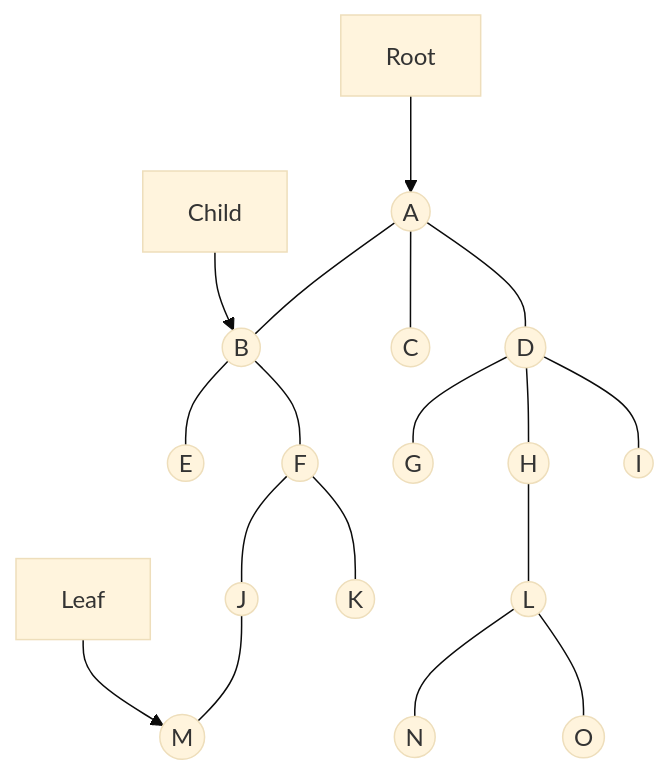
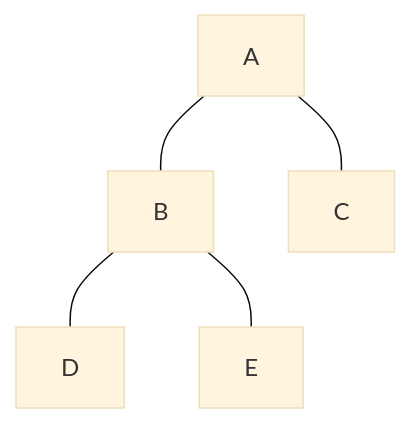
One commit to ARYAN-KUMAR-22/dsa changed diagram 18 of 23 in tree/01_tree_terminology.md. Above: the diagram before and after it, drawn with Mermaid (base theme). The commit also changed other lines of this file, not shown here.

Commit message:
Enhance tree terminology with comprehensive beginner-to-pro content, 5+ examples, formulas, and real-world analogies

````diff
--- a/tree/01_tree_terminology.md
+++ b/tree/01_tree_terminology.md
@@ -9,29 +623,13 @@
 ```mermaid
 graph TD
-    %% Node Definitions with labels
-    Root --> A((A))
-    Child --> B((B))
-    Leaf --> M((M))
+    A["A"]
+    B["B"]
+    C["C"]
+    D["D"]
+    E["E"]
     
-    %% Tree Structure
     A --- B
-    A --- C((C))
-    A --- D((D))
-    
-    B --- E((E))
-    B --- F((F))
-    
-    D --- G((G))
-    D --- H((H))
-    D --- I((I))
-    
-    F --- J((J))
-    F --- K((K))
-    
-    H --- L((L))
-    
-    J --- M
-    
-    L --- N((N))
-    L --- O((O))
+    A --- C
+    B --- D
+    B --- E
 ```
````
